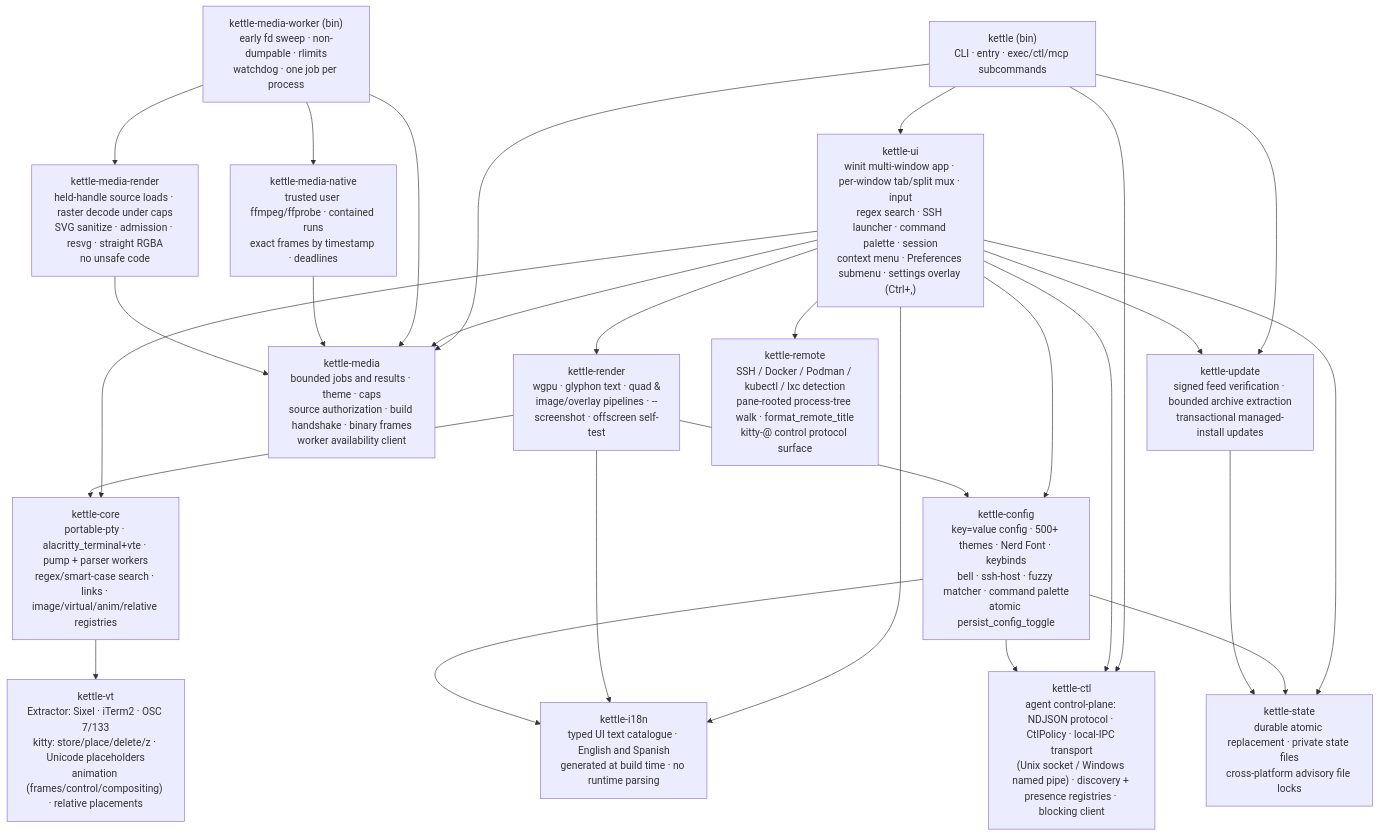
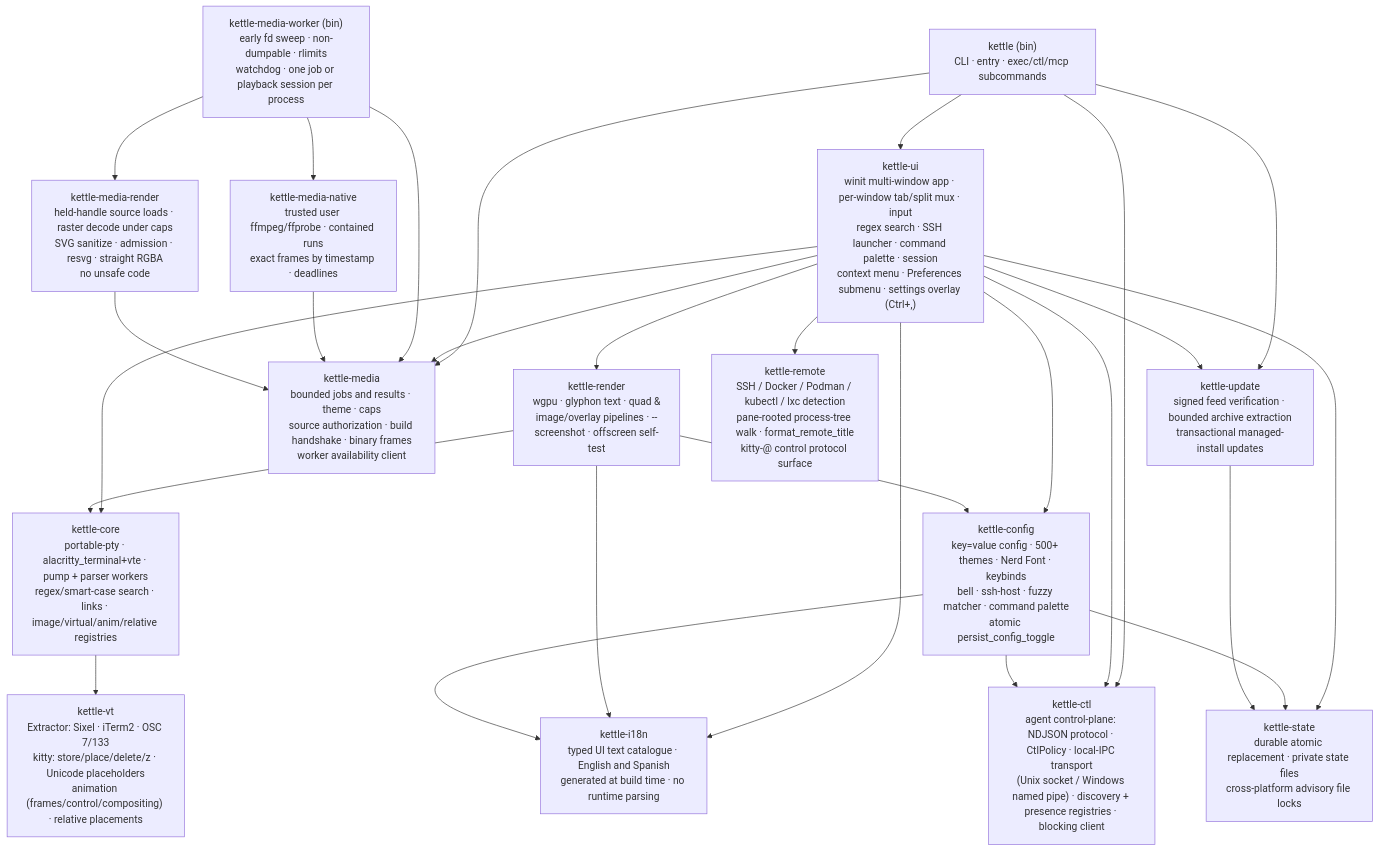
Before and after one commit to Reddimus/kettle: the first of 11 diagrams in docs/ARCHITECTURE.md, drawn with Mermaid. The commit also changed other lines of this file and 59 other files, not shown here.

````diff
--- a/docs/ARCHITECTURE.md
+++ b/docs/ARCHITECTURE.md
@@ -10,35 +10,35 @@
 ```mermaid
 graph TD
     bin["kettle (bin)<br/>CLI · entry · exec/ctl/mcp subcommands"] --> ui
     bin --> ctl
     bin --> update
     bin --> media
     ui["kettle-ui<br/>winit multi-window app · per-window tab/split mux · input<br/>regex search · SSH launcher · command palette · session<br/>context menu · Preferences submenu · settings overlay (Ctrl+,)"] --> render
     ui --> core
     ui --> cfg
     ui --> remote
     ui --> ctl
     ui --> state
     ui --> update
     ui --> i18n
     ui --> media
     i18n["kettle-i18n<br/>typed UI text catalogue · English and Spanish<br/>generated at build time · no runtime parsing"]
     ctl["kettle-ctl<br/>agent control-plane: NDJSON protocol · CtlPolicy · local-IPC transport<br/>(Unix socket / Windows named pipe) · discovery + presence registries · blocking client"]
     render["kettle-render<br/>wgpu · glyphon text · quad &<br/>image/overlay pipelines · --screenshot · offscreen self-test"] --> core
     render --> cfg
     render --> i18n
     core["kettle-core<br/>portable-pty · alacritty_terminal+vte · pump + parser workers<br/>regex/smart-case search · links · image/virtual/anim/relative registries"] --> vt
     cfg --> i18n
     cfg --> ctl
     cfg["kettle-config<br/>key=value config · 500+ themes · Nerd Font · keybinds<br/>bell · ssh-host · fuzzy matcher · command palette<br/>atomic persist_config_toggle"] --> state
     vt["kettle-vt<br/>Extractor: Sixel · iTerm2 · OSC 7/133<br/>kitty: store/place/delete/z · Unicode placeholders<br/>animation (frames/control/compositing) · relative placements"]
     remote["kettle-remote<br/>SSH / Docker / Podman / kubectl / lxc detection<br/>pane-rooted process-tree walk · format_remote_title<br/>kitty-@ control protocol surface"]
     update["kettle-update<br/>signed feed verification · bounded archive extraction<br/>transactional managed-install updates"] --> state
     state["kettle-state<br/>durable atomic replacement · private state files<br/>cross-platform advisory file locks"]
     media["kettle-media<br/>bounded jobs and results · theme · caps<br/>source authorization · build handshake · binary frames<br/>worker availability client"]
-    worker["kettle-media-worker (bin)<br/>early fd sweep · non-dumpable · rlimits<br/>watchdog · one job per process"] --> media
+    worker["kettle-media-worker (bin)<br/>early fd sweep · non-dumpable · rlimits<br/>watchdog · one job or playback session per process"] --> media
     worker --> mrender
     worker --> mnative
     mnative["kettle-media-native<br/>trusted user ffmpeg/ffprobe · contained runs<br/>exact frames by timestamp · deadlines"] --> media
     mrender["kettle-media-render<br/>held-handle source loads · raster decode under caps<br/>SVG sanitize · admission · resvg · straight RGBA<br/>no unsafe code"] --> media
 ```
````
